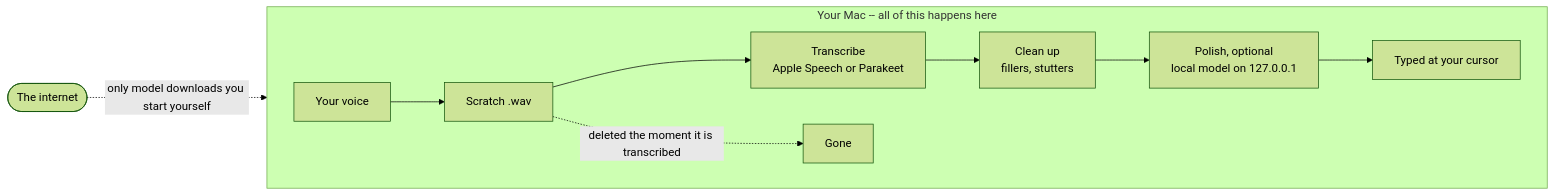
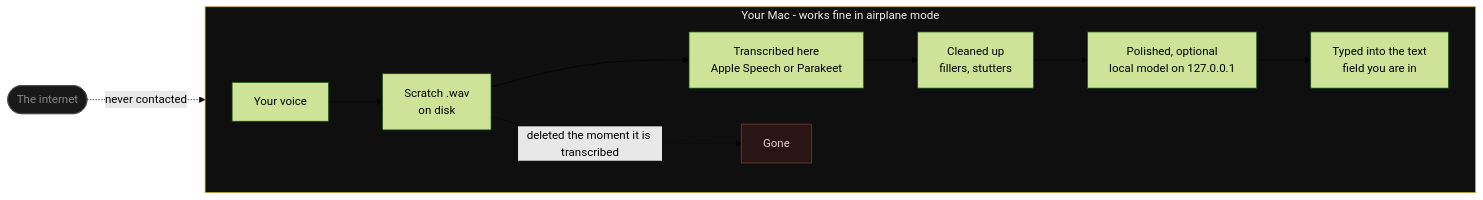
Before and after one commit to itssrb24/MynaFlow: the second of 2 diagrams in README.md, drawn with Mermaid (forest theme). The commit also changed other lines of this file, not shown here.

First line of the commit message:
docs: lead with open source and offline, and show when the internet is used

````diff
--- a/README.md
+++ b/README.md
@@ -186,13 +222,17 @@
 ```mermaid
 flowchart LR
-  subgraph MAC["Your Mac -- all of this happens here"]
+  subgraph MAC["Your Mac - works fine in airplane mode"]
     direction LR
-    V["Your voice"] --> W["Scratch .wav"]
-    W --> T["Transcribe<br/>Apple Speech or Parakeet"]
-    T --> C["Clean up<br/>fillers, stutters"]
-    C --> P["Polish, optional<br/>local model on 127.0.0.1"]
-    P --> I["Typed at your cursor"]
+    V["Your voice"] --> W["Scratch .wav<br/>on disk"]
+    W --> T["Transcribed here<br/>Apple Speech or Parakeet"]
+    T --> C["Cleaned up<br/>fillers, stutters"]
+    C --> P["Polished, optional<br/>local model on 127.0.0.1"]
+    P --> I["Typed into the text<br/>field you are in"]
     W -.->|deleted the moment it is transcribed| X["Gone"]
   end
-  NET(["The internet"]) -.->|only model downloads you start yourself| T
+  NET(["The internet"]) -.->|never contacted| MAC
+
+  style MAC fill:#0f0f0f,stroke:#c9a227,color:#eee
+  style NET fill:#191919,stroke:#4a4a4a,color:#888
+  style X fill:#2a1414,stroke:#7a4040,color:#e8cccc
 ```
````
